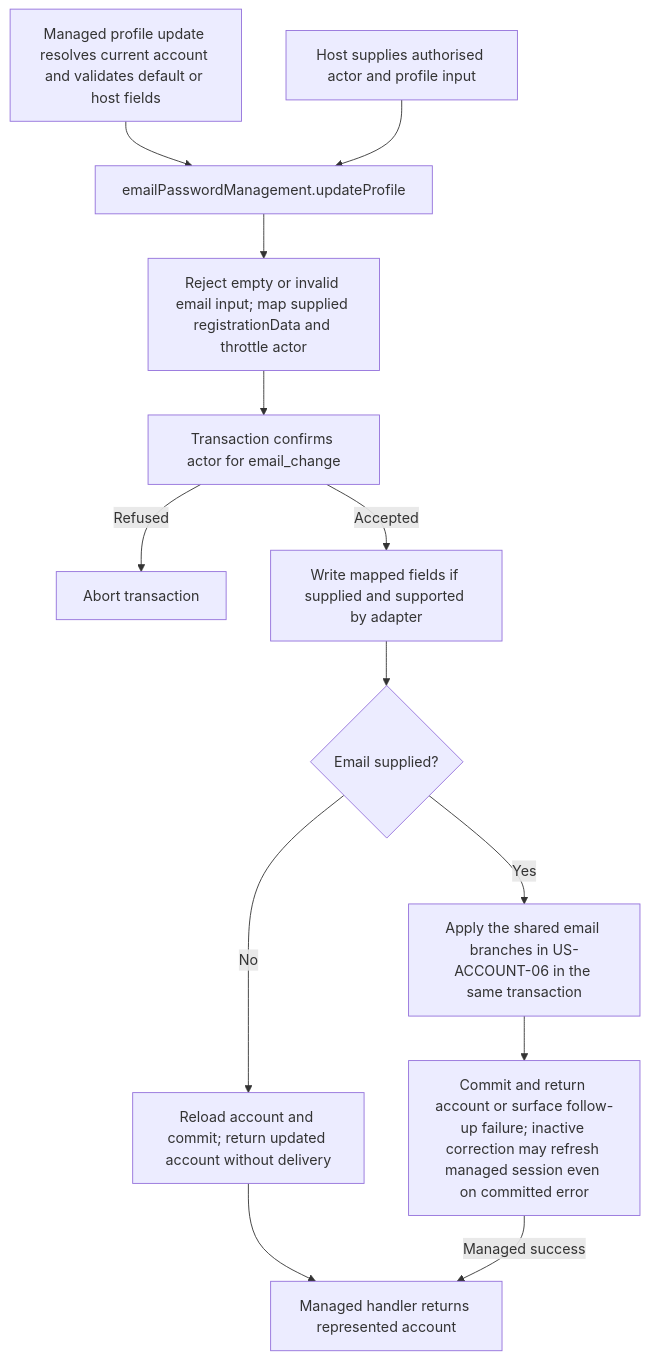
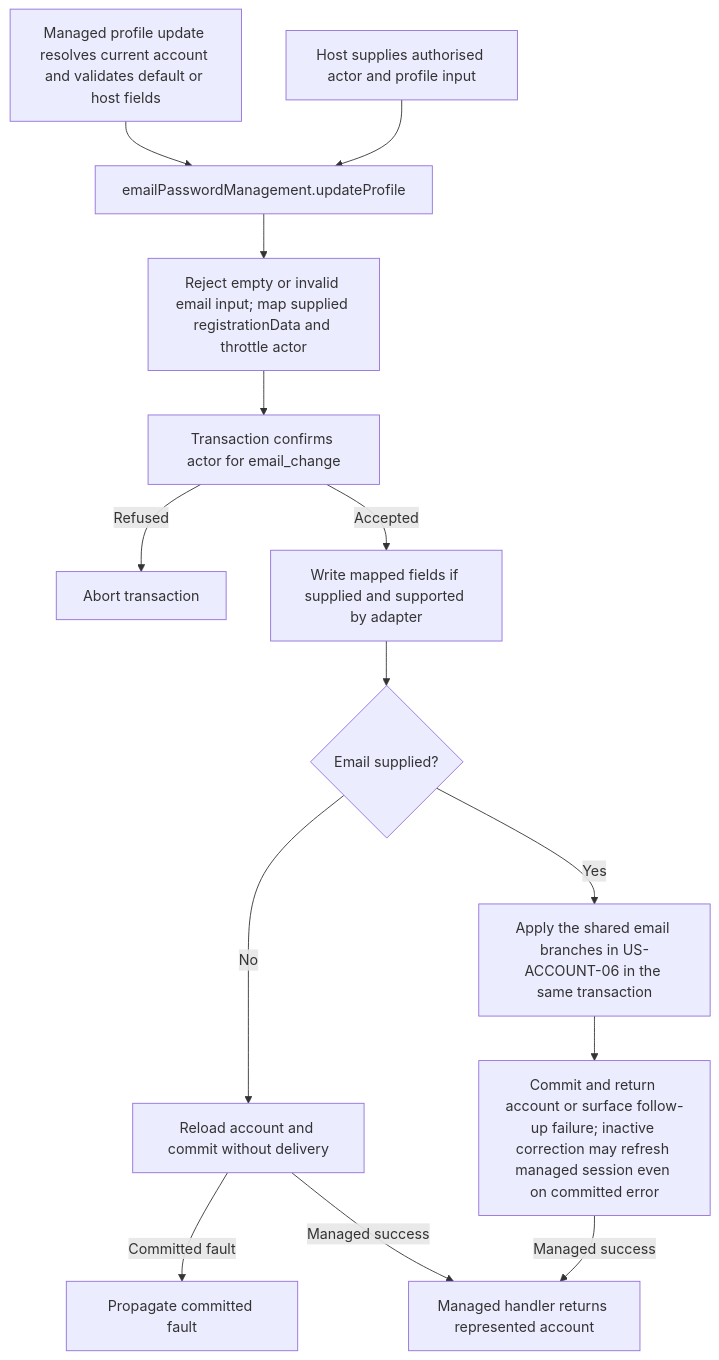
Before and after one commit to Kevinjohn/oss-adonisjs-account-kit: the second of 2 diagrams in user-stories/US-ACCOUNT-07-update-profile.md, drawn with Mermaid. The commit also changed 16 other files, not shown here.

````diff
--- a/user-stories/US-ACCOUNT-07-update-profile.md
+++ b/user-stories/US-ACCOUNT-07-update-profile.md
@@ -31,15 +31,16 @@
 ```mermaid
 flowchart TD
   M["Managed profile update resolves current account and validates default or host fields"] --> A["emailPasswordManagement.updateProfile"]
   H0["Host supplies authorised actor and profile input"] --> A
   A --> B["Reject empty or invalid email input; map supplied registrationData and throttle actor"]
   B --> C["Transaction confirms actor for email_change"]
   C -->|Refused| E["Abort transaction"]
   C -->|Accepted| D["Write mapped fields if supplied and supported by adapter"]
   D --> G{"Email supplied?"}
-  G -->|No| H["Reload account and commit; return updated account without delivery"]
+  G -->|No| H["Reload account and commit without delivery"]
+  H -->|Committed fault| F["Propagate committed fault"]
   G -->|Yes| I["Apply the shared email branches in US-ACCOUNT-06 in the same transaction"]
   I --> J["Commit and return account or surface follow-up failure; inactive correction may refresh managed session even on committed error"]
-  H --> R["Managed handler returns represented account"]
+  H -->|Managed success| R["Managed handler returns represented account"]
   J -->|Managed success| R
 ```
````
